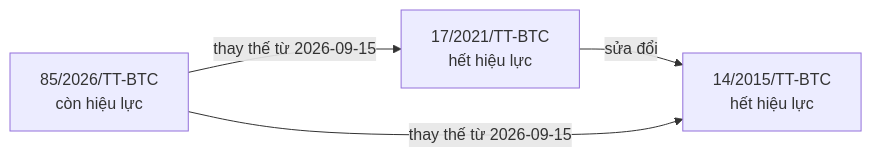
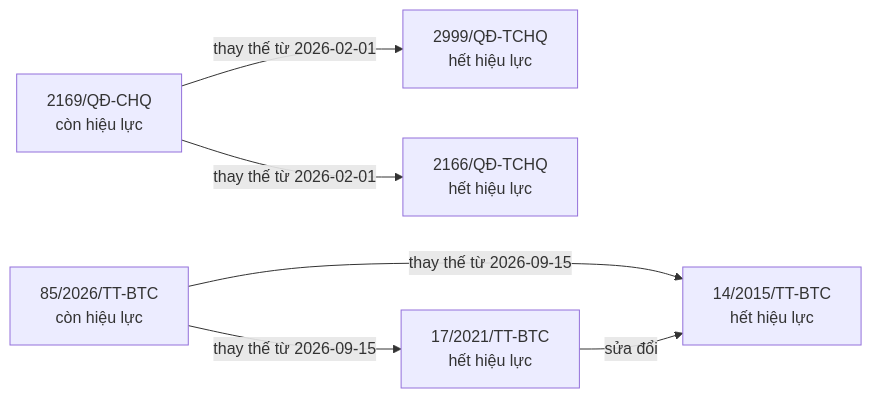
The third of 7 diagrams in bao-cao/quan-he.md (ozvietnam/oz-wiki-plhq), drawn with Mermaid before and after one commit. The commit also changed 4 other files, not shown here.

````diff
--- a/bao-cao/quan-he.md
+++ b/bao-cao/quan-he.md
@@ -183,9 +183,14 @@
 ```mermaid
 flowchart LR
   n_17_2021_TT_BTC["17/2021/TT-BTC<br/>hết hiệu lực"]
   n_14_2015_TT_BTC["14/2015/TT-BTC<br/>hết hiệu lực"]
+  n_2169_Q__CHQ["2169/QĐ-CHQ<br/>còn hiệu lực"]
+  n_2999_Q__TCHQ["2999/QĐ-TCHQ<br/>hết hiệu lực"]
+  n_2166_Q__TCHQ["2166/QĐ-TCHQ<br/>hết hiệu lực"]
   n_85_2026_TT_BTC["85/2026/TT-BTC<br/>còn hiệu lực"]
   n_17_2021_TT_BTC -->|sửa đổi| n_14_2015_TT_BTC
+  n_2169_Q__CHQ -->|thay thế từ 2026-02-01| n_2999_Q__TCHQ
+  n_2169_Q__CHQ -->|thay thế từ 2026-02-01| n_2166_Q__TCHQ
   n_85_2026_TT_BTC -->|thay thế từ 2026-09-15| n_14_2015_TT_BTC
   n_85_2026_TT_BTC -->|thay thế từ 2026-09-15| n_17_2021_TT_BTC
 ```
````
